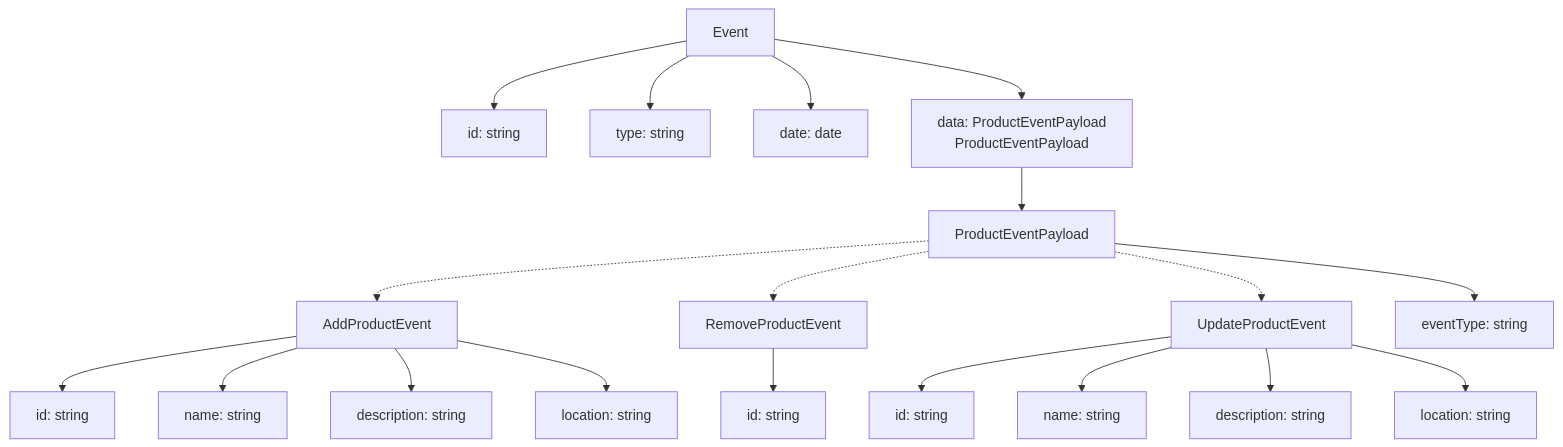
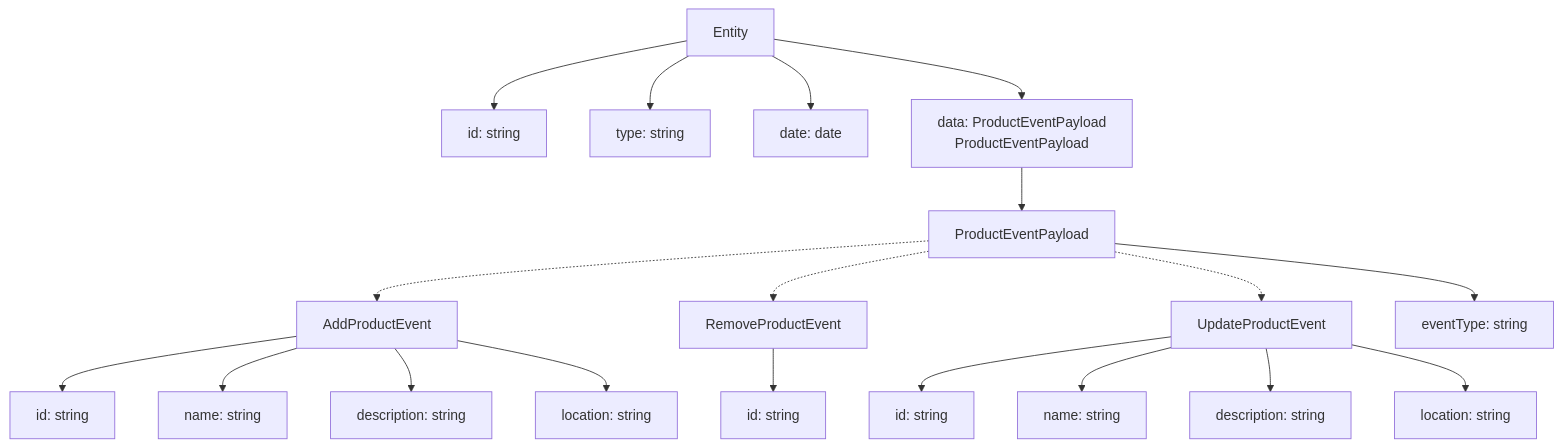
Before and after one commit to kothar/zod-mermaid: diagram 13 of 16 in examples/mermaid-examples.md, drawn with Mermaid. The commit also changed other lines of this file and 2 other files, not shown here.

Commit message:
refactor: Update entity references in Mermaid examples and improve schema metadata handling
- Changed references from `Event` to `Entity` in Mermaid examples for consistency.
- Updated schema descriptions to use `.meta({title: 'Event'})` instead of `.describe('Event')` for better metadata support.
- Enhanced the `getEntityName` function to prioritize metadata titles when generating entity names.

This refactor improves clarity in the examples and aligns with the updated metadata handling in the schema definitions.

````diff
--- a/examples/mermaid-examples.md
+++ b/examples/mermaid-examples.md
@@ -307,40 +307,40 @@
 ```mermaid
 flowchart TD
-    Event["Event"]
+    Entity["Entity"]
     ProductEventPayload["ProductEventPayload"]
     AddProductEvent["AddProductEvent"]
     RemoveProductEvent["RemoveProductEvent"]
     UpdateProductEvent["UpdateProductEvent"]
-    Event_id["id: string"]
-    Event --> Event_id["id: string"]
-    Event_type["type: string"]
-    Event --> Event_type["type: string"]
-    Event_date["date: date"]
-    Event --> Event_date["date: date"]
-    Event_data["data: ProductEventPayload\nProductEventPayload"]
-    Event --> Event_data["data: ProductEventPayload\nProductEventPayload"]
-    Event_data["data: ProductEventPayload\nProductEventPayload"] --> ProductEventPayload
+    Entity_id["id: string"]
+    Entity --> Entity_id["id: string"]
+    Entity_type["type: string"]
+    Entity --> Entity_type["type: string"]
+    Entity_date["date: date"]
+    Entity --> Entity_date["date: date"]
+    Entity_data["data: ProductEventPayload\nProductEventPayload"]
+    Entity --> Entity_data["data: ProductEventPayload\nProductEventPayload"]
+    Entity_data["data: ProductEventPayload\nProductEventPayload"] --> ProductEventPayload
     ProductEventPayload_eventType["eventType: string"]
     ProductEventPayload --> ProductEventPayload_eventType["eventType: string"]
     AddProductEvent_id["id: string"]
     AddProductEvent --> AddProductEvent_id["id: string"]
     AddProductEvent_name["name: string"]
     AddProductEvent --> AddProductEvent_name["name: string"]
     AddProductEvent_description["description: string"]
     AddProductEvent --> AddProductEvent_description["description: string"]
     AddProductEvent_location["location: string"]
     AddProductEvent --> AddProductEvent_location["location: string"]
     RemoveProductEvent_id["id: string"]
     RemoveProductEvent --> RemoveProductEvent_id["id: string"]
     UpdateProductEvent_id["id: string"]
     UpdateProductEvent --> UpdateProductEvent_id["id: string"]
     UpdateProductEvent_name["name: string"]
     UpdateProductEvent --> UpdateProductEvent_name["name: string"]
     UpdateProductEvent_description["description: string"]
     UpdateProductEvent --> UpdateProductEvent_description["description: string"]
     UpdateProductEvent_location["location: string"]
     UpdateProductEvent --> UpdateProductEvent_location["location: string"]
     ProductEventPayload -.-> AddProductEvent
     ProductEventPayload -.-> RemoveProductEvent
     ProductEventPayload -.-> UpdateProductEvent
 ```
````
